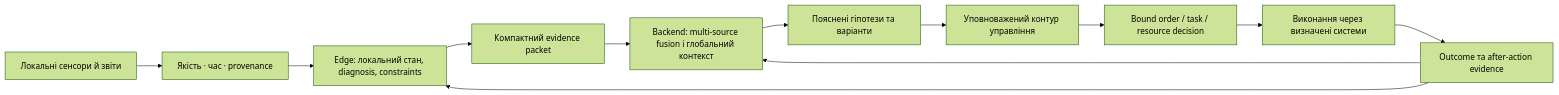
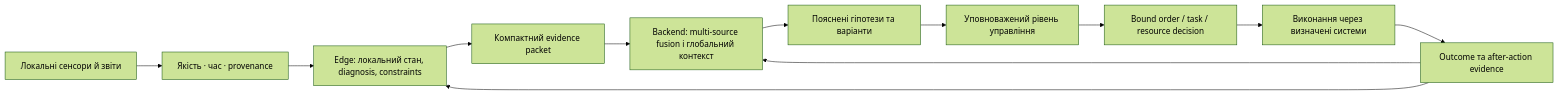
Before and after one commit to nick-fedchik/articles: the sixth of 7 diagrams in ExpertSystem/22-Cybernetics-Expert-Systems-Edge-Backend-UA.md, drawn with Mermaid (forest theme). The commit also changed other lines of this file and 2 other files, not shown here.

````diff
--- a/ExpertSystem/22-Cybernetics-Expert-Systems-Edge-Backend-UA.md
+++ b/ExpertSystem/22-Cybernetics-Expert-Systems-Edge-Backend-UA.md
@@ -481,14 +481,14 @@
 ```mermaid
 flowchart LR
     SR["Локальні сенсори й звіти"] --> EQ["Якість · час · provenance"]
     EQ --> LE["Edge: локальний стан, diagnosis, constraints"]
     LE --> PK["Компактний evidence packet"]
     PK --> GF["Backend: multi-source fusion і глобальний контекст"]
     GF --> ES["Пояснені гіпотези та варіанти"]
-    ES --> C2["Уповноважений контур управління"]
+    ES --> C2["Уповноважений рівень управління"]
     C2 --> AC["Bound order / task / resource decision"]
     AC --> EX["Виконання через визначені системи"]
     EX --> AO["Outcome та after-action evidence"]
     AO --> GF
     AO --> LE
 ```
````
